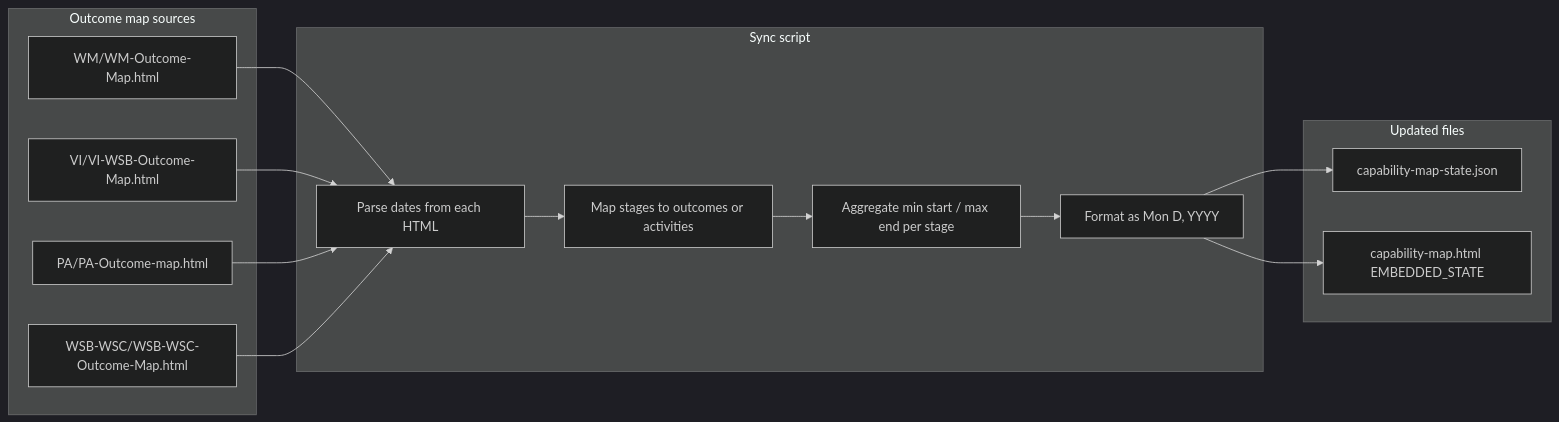
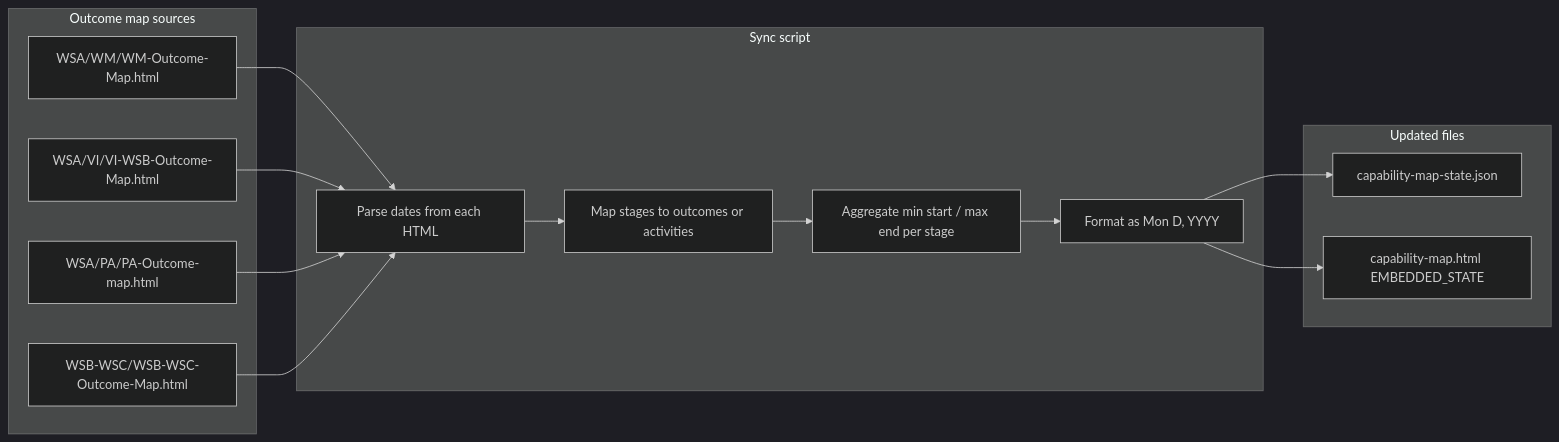
Before and after one commit to ndkramer/DMSi-Ops-Readiness-II-Plan: the diagram in Documentation/Capacity-Map-Target-Date-Updates.md, drawn with Mermaid (dark theme). The commit also changed other lines of this file and 74 other files, not shown here.

````diff
--- a/Documentation/Capacity-Map-Target-Date-Updates.md
+++ b/Documentation/Capacity-Map-Target-Date-Updates.md
@@ -41,31 +41,31 @@
 ```mermaid
 flowchart LR
   subgraph inputs [Outcome map sources]
-    WM[WM/WM-Outcome-Map.html]
-    VI[VI/VI-WSB-Outcome-Map.html]
-    PA[PA/PA-Outcome-map.html]
+    WM[WSA/WM/WM-Outcome-Map.html]
+    VI[WSA/VI/VI-WSB-Outcome-Map.html]
+    PA[WSA/PA/PA-Outcome-map.html]
     WSBWSC[WSB-WSC/WSB-WSC-Outcome-Map.html]
   end
 
   subgraph script [Sync script]
     Parse[Parse dates from each HTML]
     Map[Map stages to outcomes or activities]
     Aggregate[Aggregate min start / max end per stage]
     Format[Format as Mon D, YYYY]
   end
 
   subgraph outputs [Updated files]
     JSON[capability-map-state.json]
     HTML[capability-map.html EMBEDDED_STATE]
   end
 
   WM --> Parse
   VI --> Parse
   PA --> Parse
   WSBWSC --> Parse
   Parse --> Map
   Map --> Aggregate
   Aggregate --> Format
   Format --> JSON
   Format --> HTML
 ```
````
